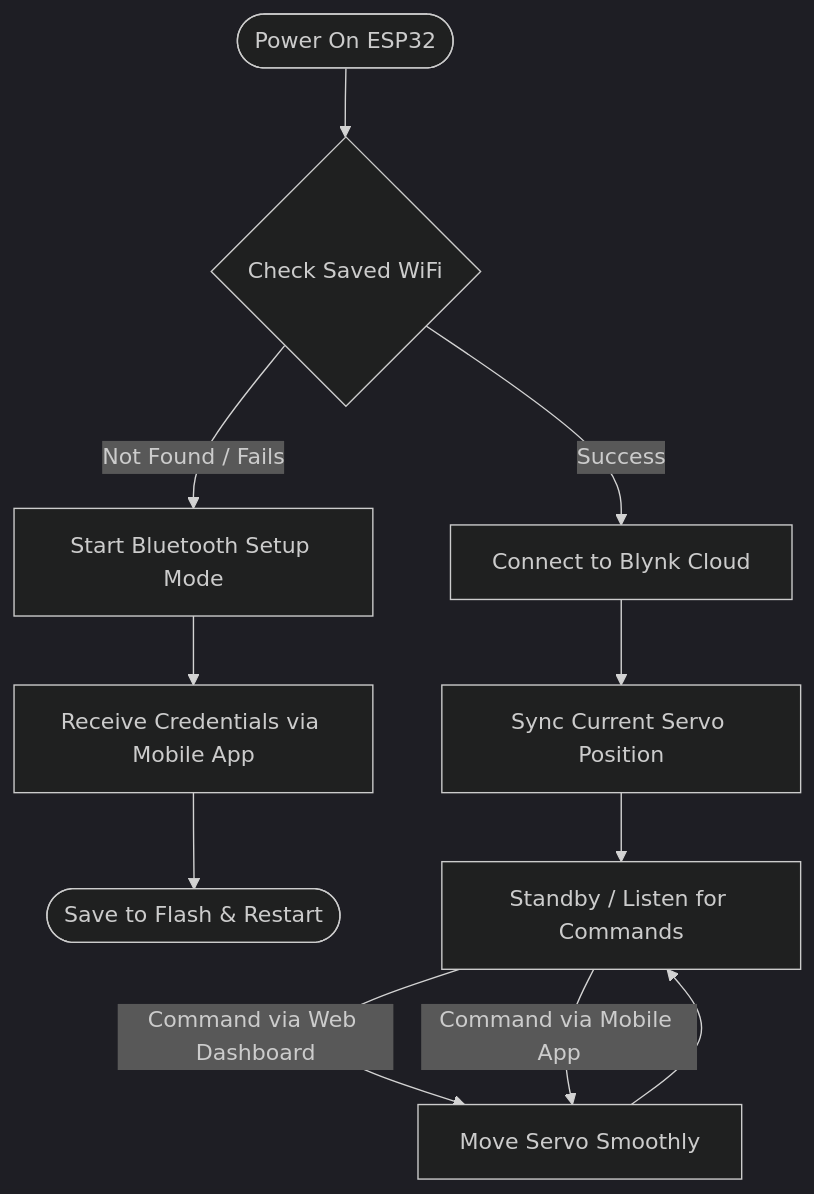
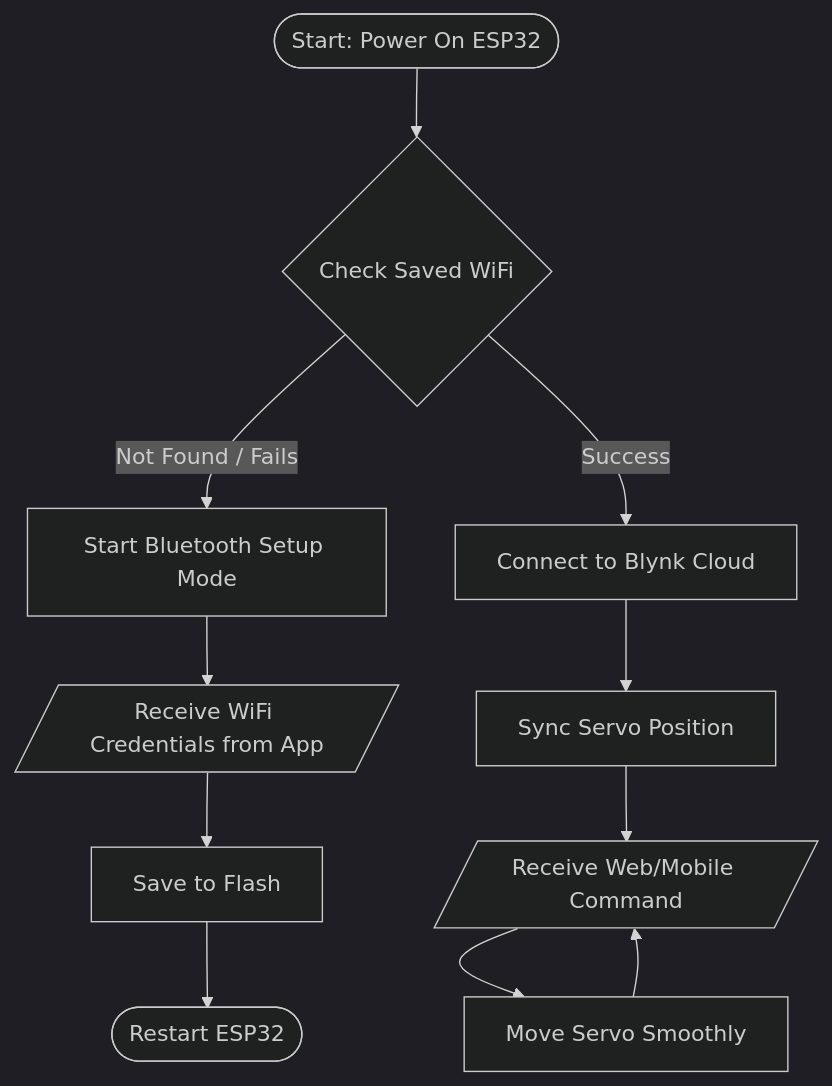
One commit to rizkygm23/smartcloches-controller-iot changed the second of 2 diagrams in README.md. Above: the diagram before and after it, drawn with Mermaid (dark theme).

````diff
--- a/README.md
+++ b/README.md
@@ -126,18 +126,17 @@
 ```mermaid
 flowchart TD
-    A([Power On ESP32]) --> B{Check Saved WiFi}
+    A([Start: Power On ESP32]) --> B{Check Saved WiFi}
     
     B -- "Not Found / Fails" --> C[Start Bluetooth Setup Mode]
-    C --> D[Receive Credentials via Mobile App]
-    D --> E([Save to Flash & Restart])
+    C --> D[/Receive WiFi Credentials from App/]
+    D --> E[Save to Flash]
+    E --> F([Restart ESP32])
     
-    B -- "Success" --> F[Connect to Blynk Cloud]
-    F --> G[Sync Current Servo Position]
+    B -- "Success" --> G[Connect to Blynk Cloud]
+    G --> H[Sync Servo Position]
     
-    G --> H[Standby / Listen for Commands]
+    H --> I[/Receive Web/Mobile Command/]
     
-    H -- "Command via Web Dashboard" --> I[Move Servo Smoothly]
-    H -- "Command via Mobile App" --> I
-    
-    I --> H
+    I --> J[Move Servo Smoothly]
+    J --> I
 ```
````
